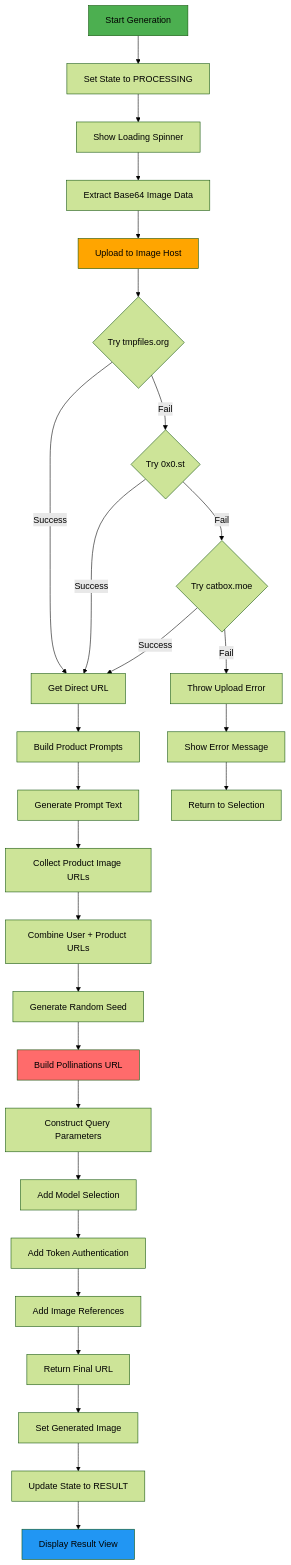
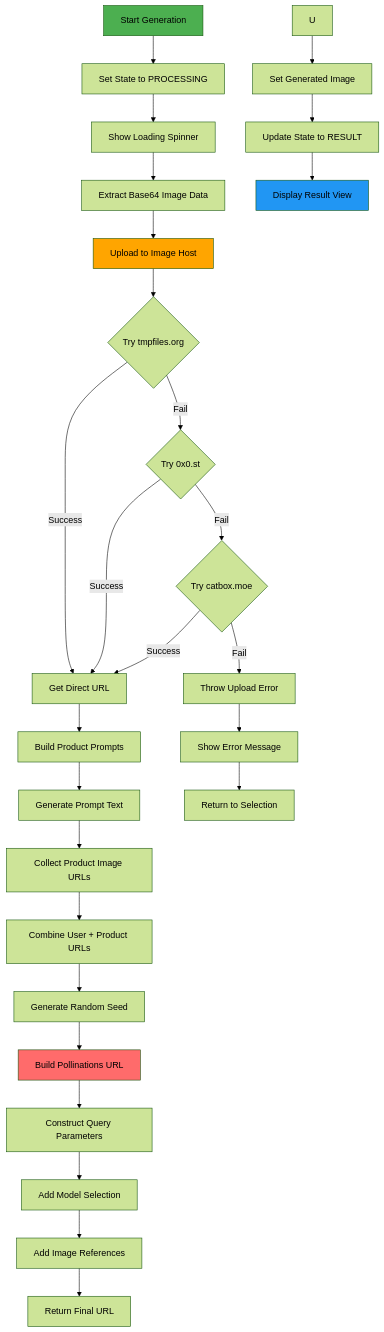
Before and after one commit to Kushalongit-hub/Try-On: the sixth of 14 diagrams in README.md, drawn with Mermaid (forest theme). The commit also changed other lines of this file and 1 other file, not shown here.

Commit message:
2nd commit(No token dependency)

````diff
--- a/README.md
+++ b/README.md
@@ -394,40 +390,39 @@
 ```mermaid
 graph TD
     A[Start Generation] --> B[Set State to PROCESSING]
     B --> C[Show Loading Spinner]
     C --> D[Extract Base64 Image Data]
     D --> E[Upload to Image Host]
     
     E --> F{Try tmpfiles.org}
     F -->|Success| G[Get Direct URL]
     F -->|Fail| H{Try 0x0.st}
     H -->|Success| G
     H -->|Fail| I{Try catbox.moe}
     I -->|Success| G
     I -->|Fail| J[Throw Upload Error]
     
     G --> K[Build Product Prompts]
     K --> L[Generate Prompt Text]
     L --> M[Collect Product Image URLs]
     M --> N[Combine User + Product URLs]
     N --> O[Generate Random Seed]
     O --> P[Build Pollinations URL]
     
     P --> Q[Construct Query Parameters]
     Q --> R[Add Model Selection]
-    R --> S[Add Token Authentication]
-    S --> T[Add Image References]
-    T --> U[Return Final URL]
+    R --> S[Add Image References]
+    S --> T[Return Final URL]
     
     U --> V[Set Generated Image]
     V --> W[Update State to RESULT]
     W --> X[Display Result View]
     
     J --> Y[Show Error Message]
     Y --> Z[Return to Selection]
     
     style A fill:#4CAF50
     style E fill:#FFA500
     style P fill:#FF6B6B
     style X fill:#2196F3
 ```
````
